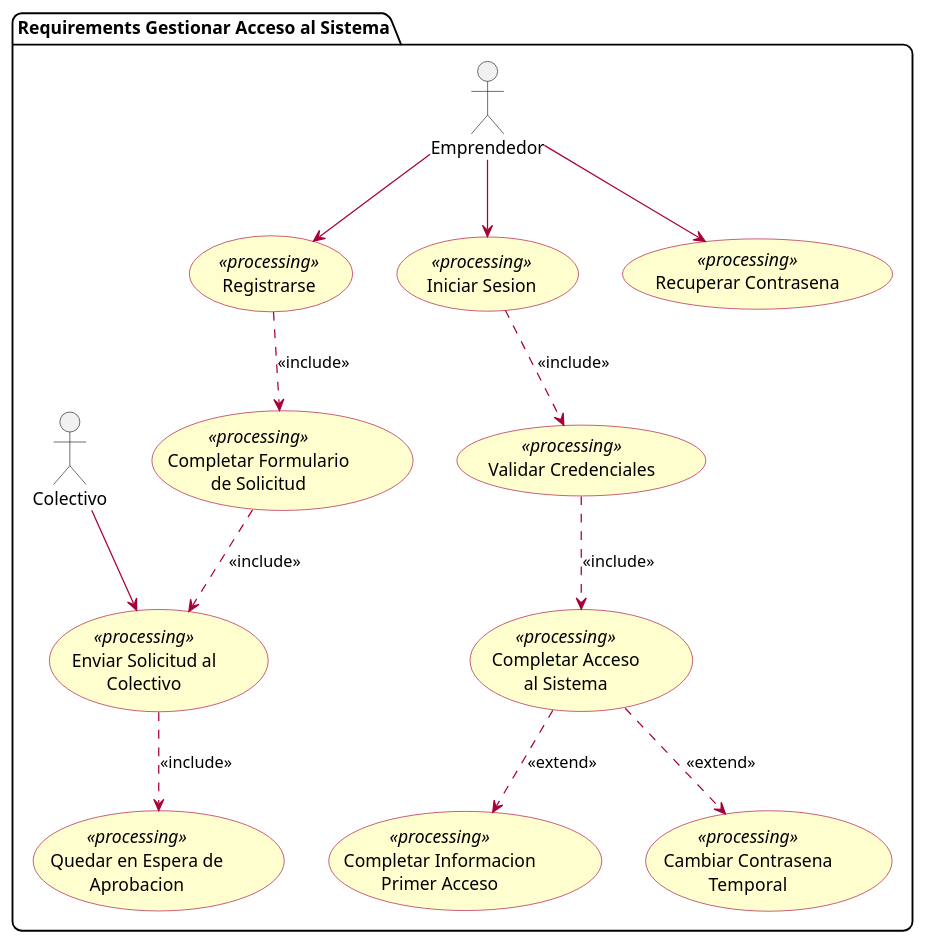
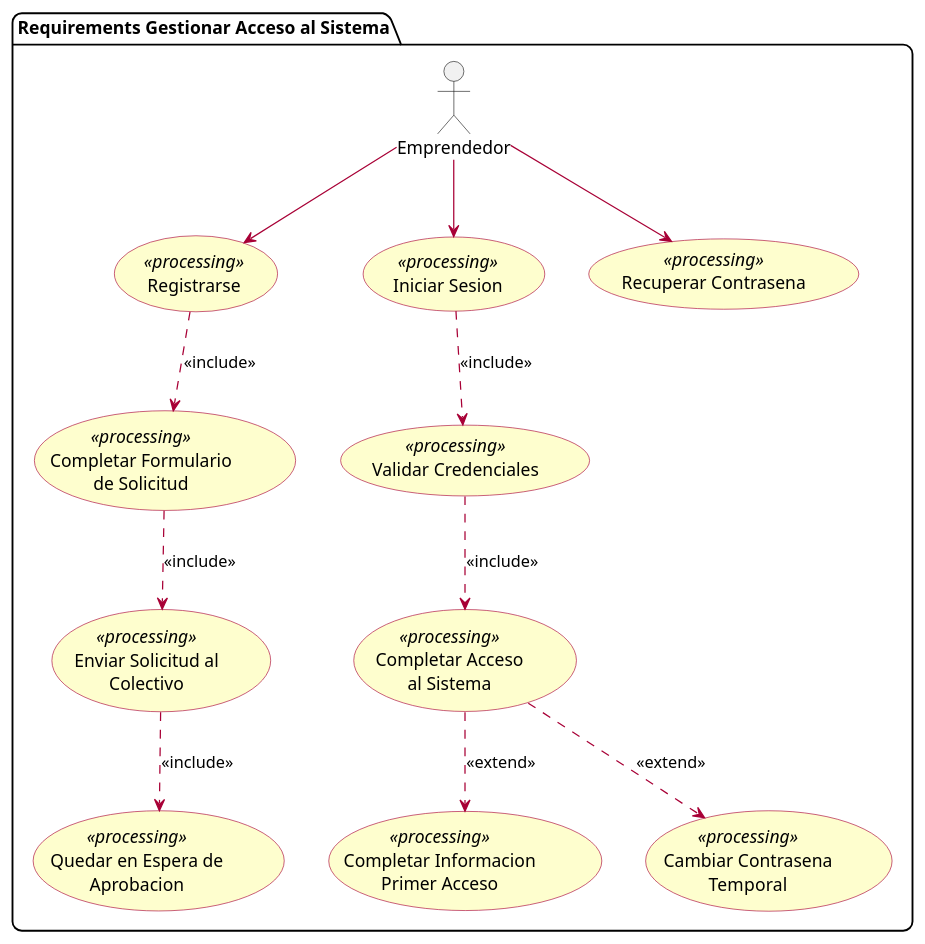
Before and after one commit to AtomicDevelopers/UWE-Tienda-Colectiva: the diagram in emprendedor/requerimientos/acceso_sistema.puml, drawn with PlantUML. The commit also changed 23 other files, not shown here.

Commit message:
feat: process diagram

```diff
--- a/emprendedor/requerimientos/acceso_sistema.puml
+++ b/emprendedor/requerimientos/acceso_sistema.puml
@@ -1,49 +1,47 @@
 @startuml gestionar_acceso
 allow_mixing
 
 skinparam shadow false
 skinparam roundCorner 15
 skinparam class {
   BackgroundColor #FEFECE
   BorderColor #A80036
   ArrowColor #A80036
 }
 skinparam usecase {
   BackgroundColor #FEFECE
   BorderColor #A80036
   ArrowColor #A80036
 }
 
 package "Requirements Gestionar Acceso al Sistema" {
   actor "Emprendedor" as Entrepreneur
-  actor "Colectivo" as Collective
 
   usecase "Registrarse" as Register <<processing>>
   usecase "Completar Formulario\nde Solicitud" as FillForm <<processing>>
   usecase "Enviar Solicitud al\nColectivo" as SendRequest <<processing>>
   usecase "Quedar en Espera de\nAprobacion" as PendingApproval <<processing>>
 
   usecase "Iniciar Sesion" as Login <<processing>>
   usecase "Validar Credenciales" as ValidateCredentials <<processing>>
   usecase "Completar Acceso\nal Sistema" as CompleteAccess <<processing>>
   usecase "Completar Informacion\nPrimer Acceso" as FirstAccess <<processing>>
   usecase "Cambiar Contrasena\nTemporal" as ChangeTempPassword <<processing>>
 
   usecase "Recuperar Contrasena" as RecoverPassword <<processing>>
 }
 
 Entrepreneur --> Register
 Entrepreneur --> Login
 Entrepreneur --> RecoverPassword
-Collective --> SendRequest
 
 Register ..> FillForm : <<include>>
 FillForm ..> SendRequest : <<include>>
 SendRequest ..> PendingApproval : <<include>>
 
 Login ..> ValidateCredentials : <<include>>
 ValidateCredentials ..> CompleteAccess : <<include>>
 CompleteAccess ..> FirstAccess : <<extend>>
 CompleteAccess ..> ChangeTempPassword : <<extend>>
 
 @enduml
```
